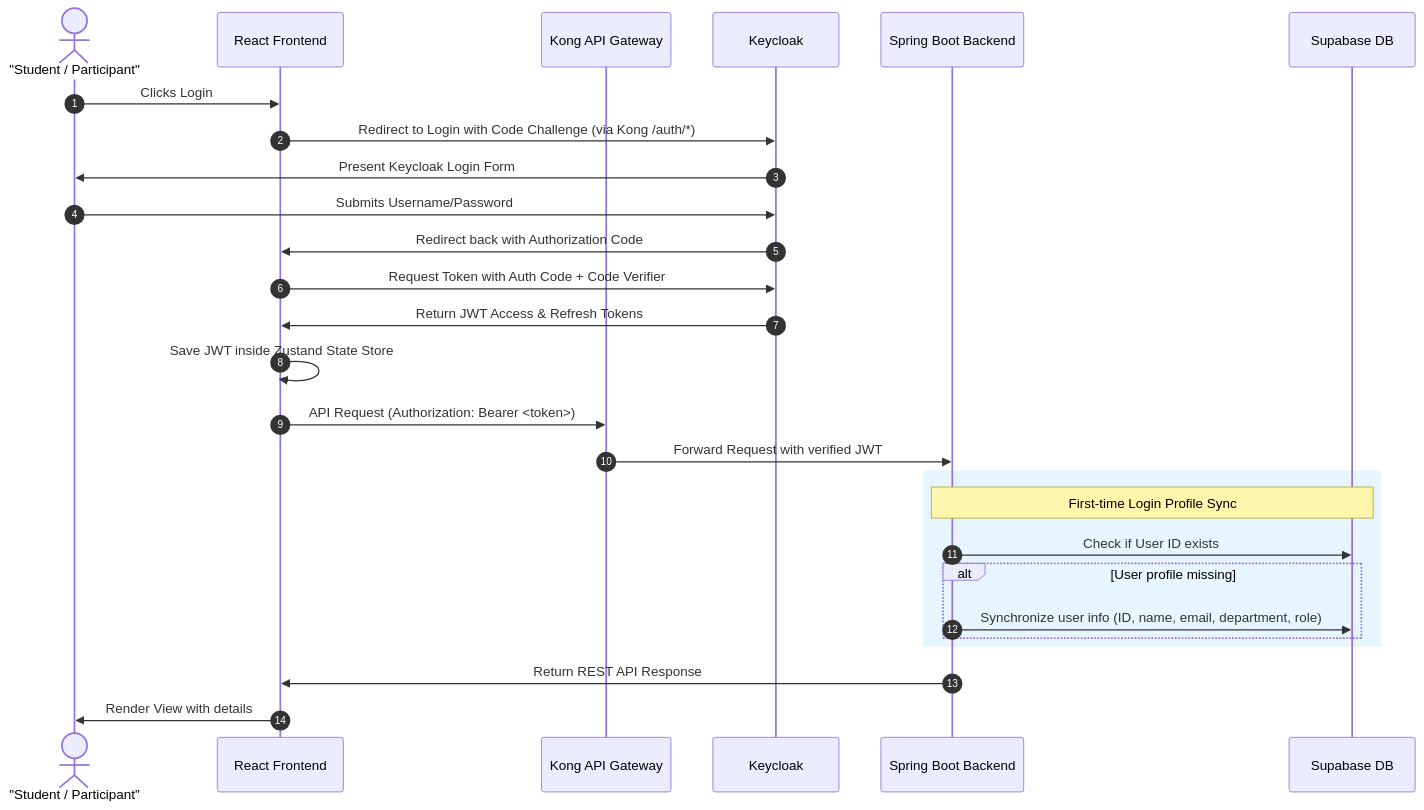
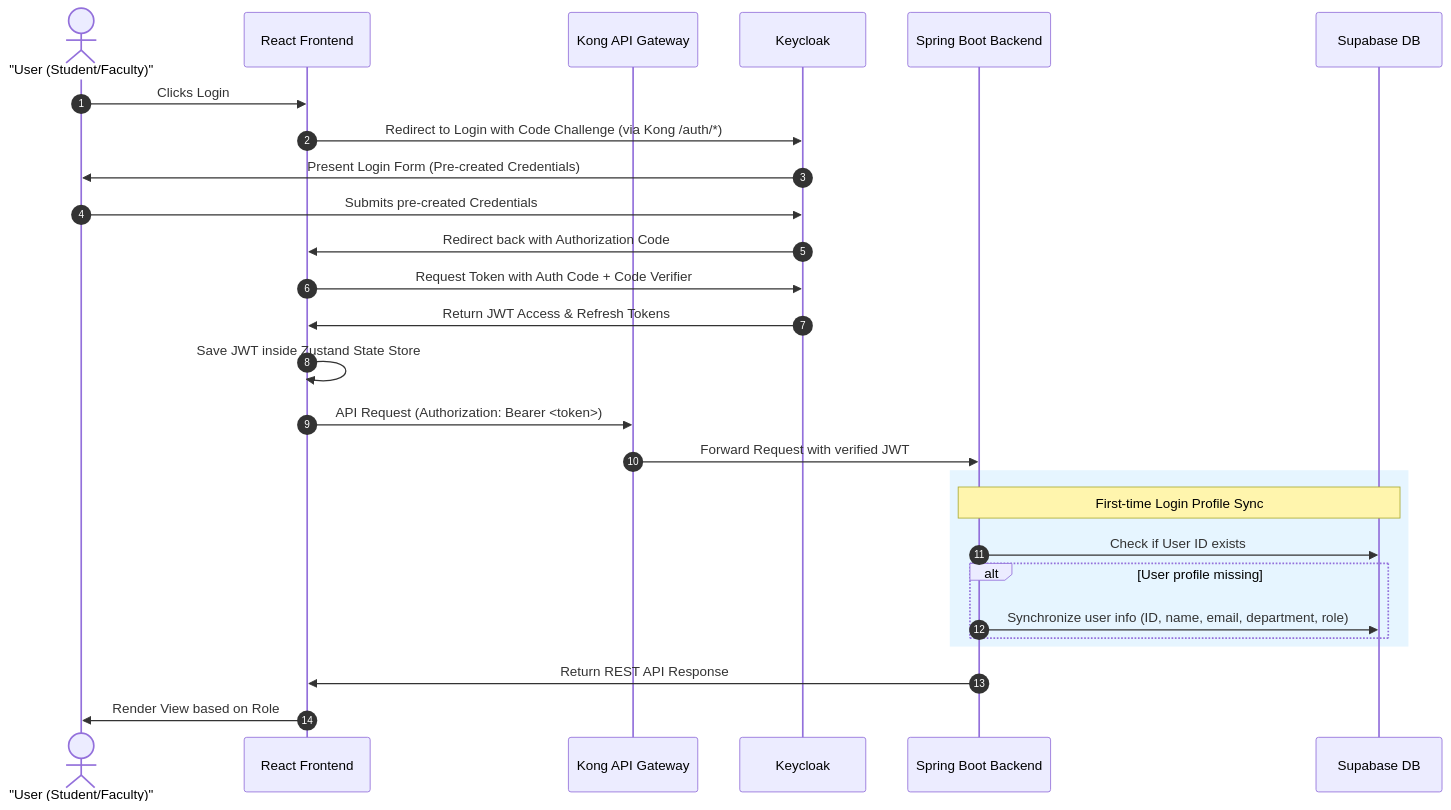
Before and after one commit to pec-developers/pec-events-app: the second of 2 diagrams in docs/hld.md, drawn with Mermaid. The commit also changed other lines of this file and 11 other files, not shown here.

````diff
--- a/docs/hld.md
+++ b/docs/hld.md
@@ -34,32 +39,32 @@
 ```mermaid
 sequenceDiagram
     autonumber
-    actor Student as "Student / Participant"
+    actor User as "User (Student/Faculty)"
     participant App as React Frontend
     participant Kong as Kong API Gateway
     participant Keycloak as Keycloak
     participant Backend as Spring Boot Backend
     participant DB as Supabase DB
 
-    Student->>App: Clicks Login
+    User->>App: Clicks Login
     App->>Keycloak: Redirect to Login with Code Challenge (via Kong /auth/*)
-    Keycloak->>Student: Present Keycloak Login Form
-    Student->>Keycloak: Submits Username/Password
+    Keycloak->>User: Present Login Form (Pre-created Credentials)
+    User->>Keycloak: Submits pre-created Credentials
     Keycloak->>App: Redirect back with Authorization Code
     App->>Keycloak: Request Token with Auth Code + Code Verifier
     Keycloak->>App: Return JWT Access & Refresh Tokens
     App->>App: Save JWT inside Zustand State Store
     App->>Kong: API Request (Authorization: Bearer <token>)
     Kong->>Backend: Forward Request with verified JWT
     
     rect rgb(230, 245, 255)
         note over Backend, DB: First-time Login Profile Sync
         Backend->>DB: Check if User ID exists
         alt User profile missing
             Backend->>DB: Synchronize user info (ID, name, email, department, role)
         end
     end
     
     Backend->>App: Return REST API Response
-    App->>Student: Render View with details
+    App->>User: Render View based on Role
 ```
````
